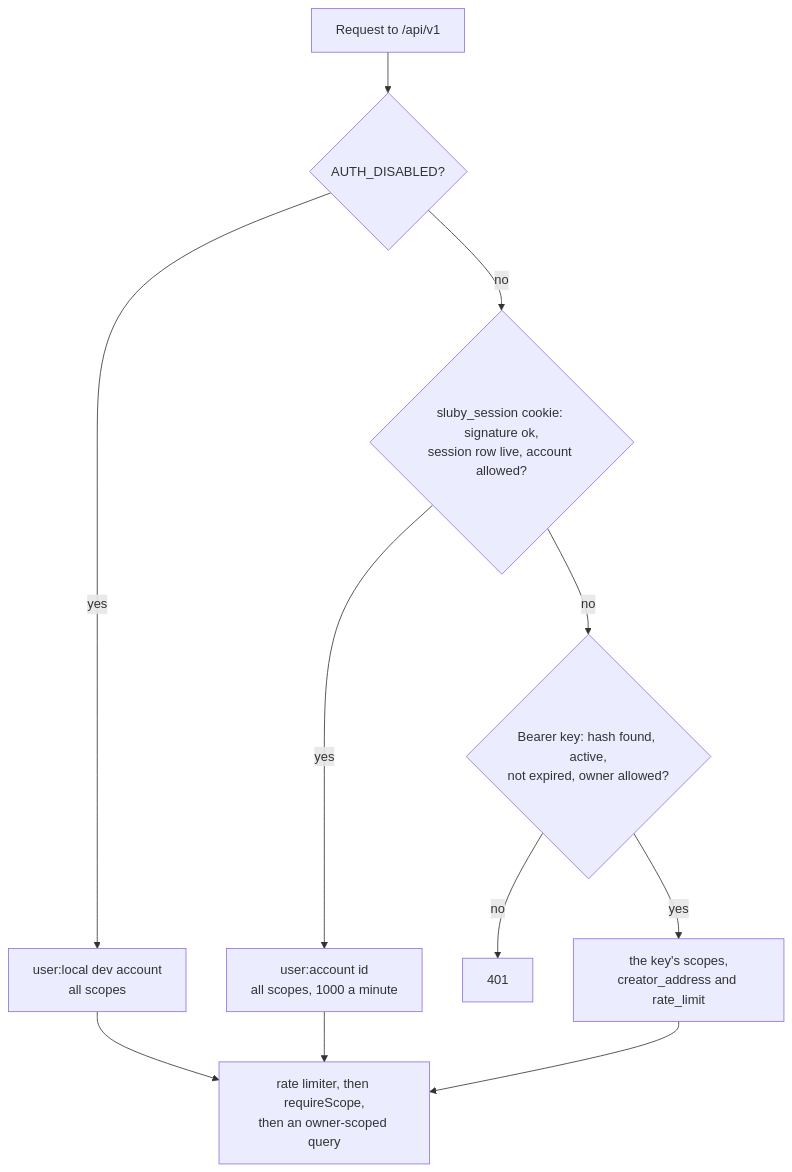
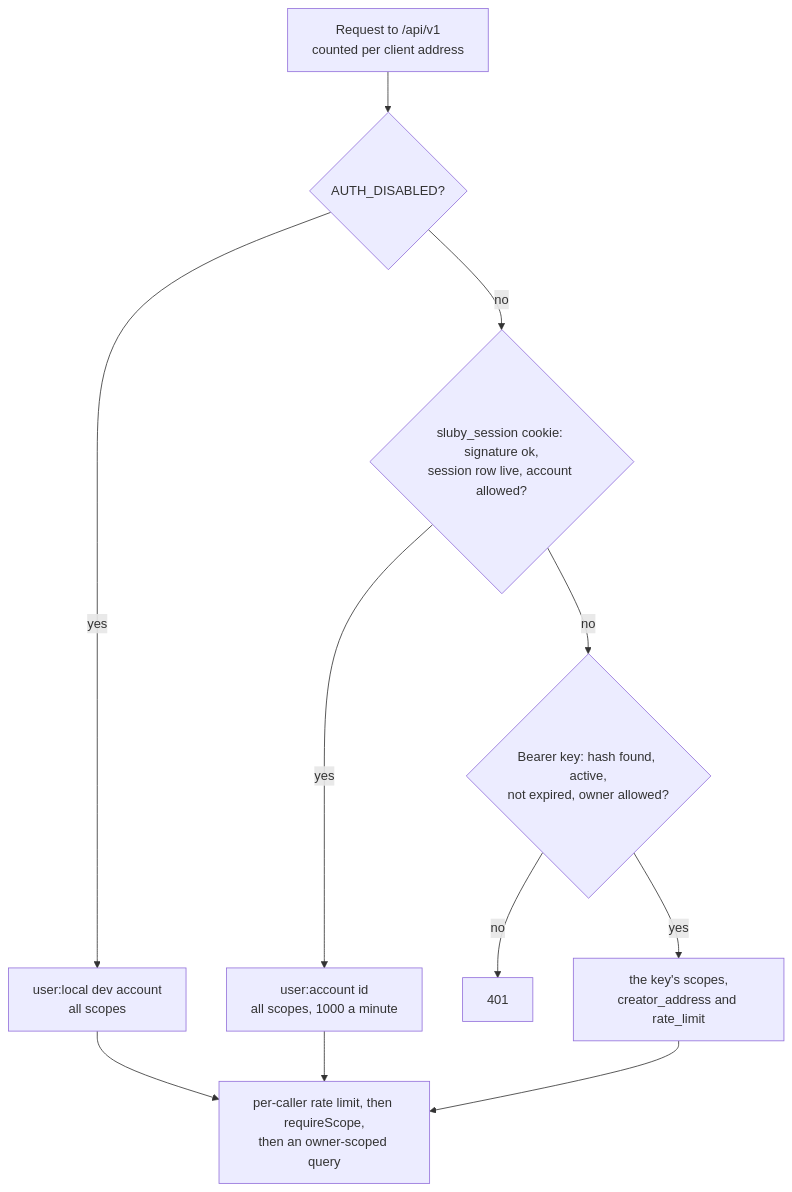
Before and after one commit to justmert/Sluby: the diagram in docs/architecture/auth-and-tenancy.md, drawn with Mermaid. The commit also changed other lines of this file, not shown here.

Commit message:
say that a read key is a server-side secret, describe the nginx limits and the bootstrap key rules, and drop a stale reason for signed url invalidation in the auth page

````diff
--- a/docs/architecture/auth-and-tenancy.md
+++ b/docs/architecture/auth-and-tenancy.md
@@ -7,13 +7,13 @@
 ```mermaid
 flowchart TB
-  req[Request to /api/v1] --> dis{AUTH_DISABLED?}
+  req["Request to /api/v1<br/>counted per client address"] --> dis{AUTH_DISABLED?}
   dis -- yes --> dev["user:local dev account<br/>all scopes"]
   dis -- no --> cookie{"sluby_session cookie: signature ok,<br/>session row live, account allowed?"}
   cookie -- yes --> gh["user:account id<br/>all scopes, 1000 a minute"]
   cookie -- no --> bearer{"Bearer key: hash found, active,<br/>not expired, owner allowed?"}
   bearer -- no --> e401[401]
   bearer -- yes --> key["the key's scopes,<br/>creator_address and rate_limit"]
-  dev --> route["rate limiter, then requireScope,<br/>then an owner-scoped query"]
+  dev --> route["per-caller rate limit, then requireScope,<br/>then an owner-scoped query"]
   gh --> route
   key --> route
 ```
````
